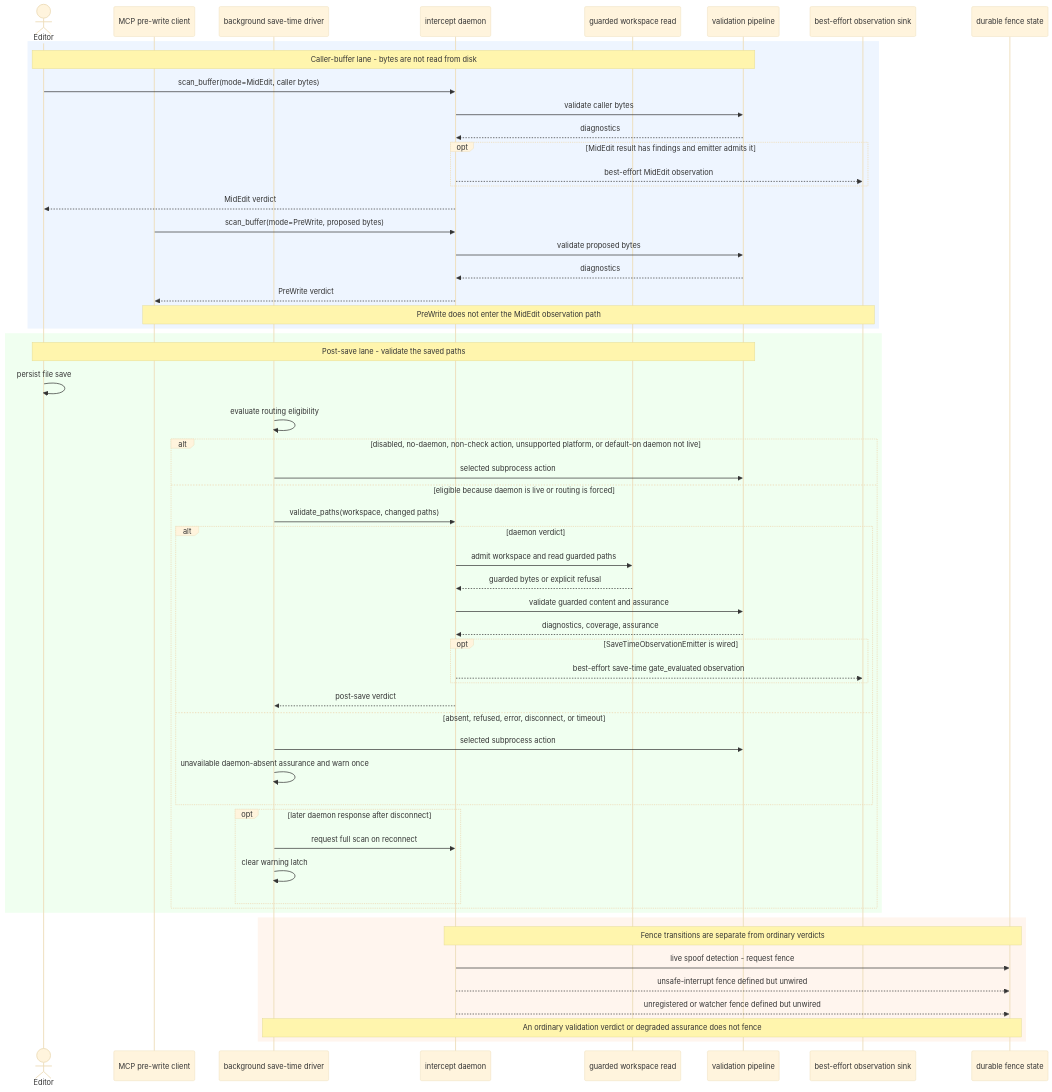
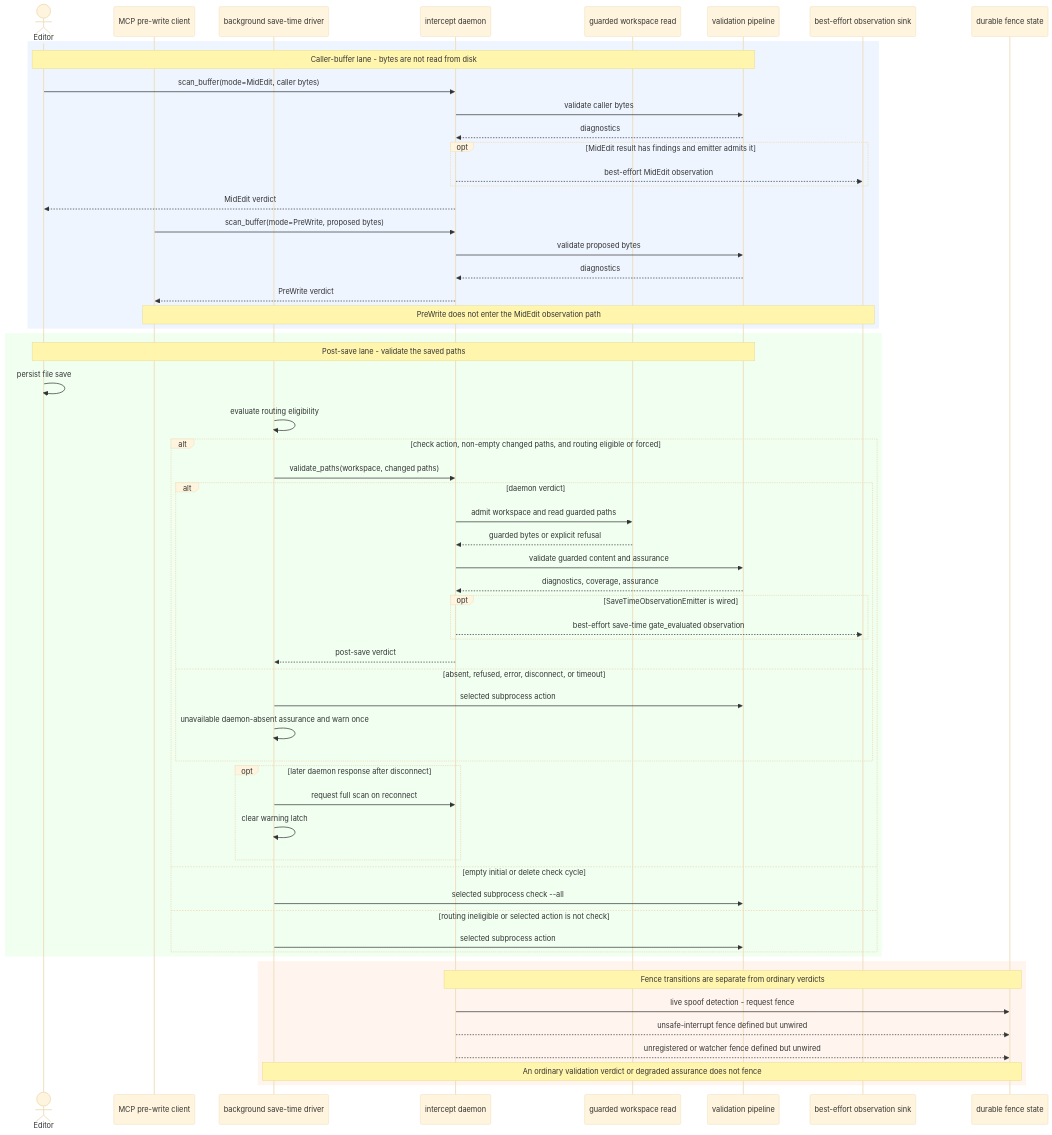
One commit to eddacraft/eddacraft-tui changed the diagram in docs/architecture/save-to-validation.md. Above: the diagram before and after it, drawn with Mermaid (base theme). The commit also changed other lines of this file and 1 other file, not shown here.

First line of the commit message:
docs(architecture): clarify empty save routing

````diff
--- a/docs/architecture/save-to-validation.md
+++ b/docs/architecture/save-to-validation.md
@@ -22,63 +22,65 @@
 ```mermaid
 sequenceDiagram
     actor Editor
     participant MCP as MCP pre-write client
     participant Driver as background save-time driver
     participant Daemon as intercept daemon
     participant Guard as guarded workspace read
     participant Checks as validation pipeline
     participant Observe as best-effort observation sink
     participant Fence as durable fence state
 
     rect rgb(238, 245, 255)
         Note over Editor,Checks: Caller-buffer lane - bytes are not read from disk
         Editor->>Daemon: scan_buffer(mode=MidEdit, caller bytes)
         Daemon->>Checks: validate caller bytes
         Checks-->>Daemon: diagnostics
         opt MidEdit result has findings and emitter admits it
             Daemon-->>Observe: best-effort MidEdit observation
         end
         Daemon-->>Editor: MidEdit verdict
         MCP->>Daemon: scan_buffer(mode=PreWrite, proposed bytes)
         Daemon->>Checks: validate proposed bytes
         Checks-->>Daemon: diagnostics
         Daemon-->>MCP: PreWrite verdict
         Note over MCP,Observe: PreWrite does not enter the MidEdit observation path
     end
 
     rect rgb(240, 255, 240)
         Note over Editor,Checks: Post-save lane - validate the saved paths
         Editor->>Editor: persist file save
         Driver->>Driver: evaluate routing eligibility
-        alt disabled, no-daemon, non-check action, unsupported platform, or default-on daemon not live
-            Driver->>Checks: selected subprocess action
-        else eligible because daemon is live or routing is forced
+        alt check action, non-empty changed paths, and routing eligible or forced
             Driver->>Daemon: validate_paths(workspace, changed paths)
             alt daemon verdict
                 Daemon->>Guard: admit workspace and read guarded paths
                 Guard-->>Daemon: guarded bytes or explicit refusal
                 Daemon->>Checks: validate guarded content and assurance
                 Checks-->>Daemon: diagnostics, coverage, assurance
                 opt SaveTimeObservationEmitter is wired
                     Daemon-->>Observe: best-effort save-time gate_evaluated observation
                 end
                 Daemon-->>Driver: post-save verdict
             else absent, refused, error, disconnect, or timeout
                 Driver->>Checks: selected subprocess action
                 Driver->>Driver: unavailable daemon-absent assurance and warn once
             end
             opt later daemon response after disconnect
                 Driver->>Daemon: request full scan on reconnect
                 Driver->>Driver: clear warning latch
             end
+        else empty initial or delete check cycle
+            Driver->>Checks: selected subprocess check --all
+        else routing ineligible or selected action is not check
+            Driver->>Checks: selected subprocess action
         end
     end
 
     rect rgb(255, 245, 238)
         Note over Daemon,Fence: Fence transitions are separate from ordinary verdicts
         Daemon->>Fence: live spoof detection - request fence
         Daemon-->>Fence: unsafe-interrupt fence defined but unwired
         Daemon-->>Fence: unregistered or watcher fence defined but unwired
         Note over Driver,Fence: An ordinary validation verdict or degraded assurance does not fence
     end
 ```
````
